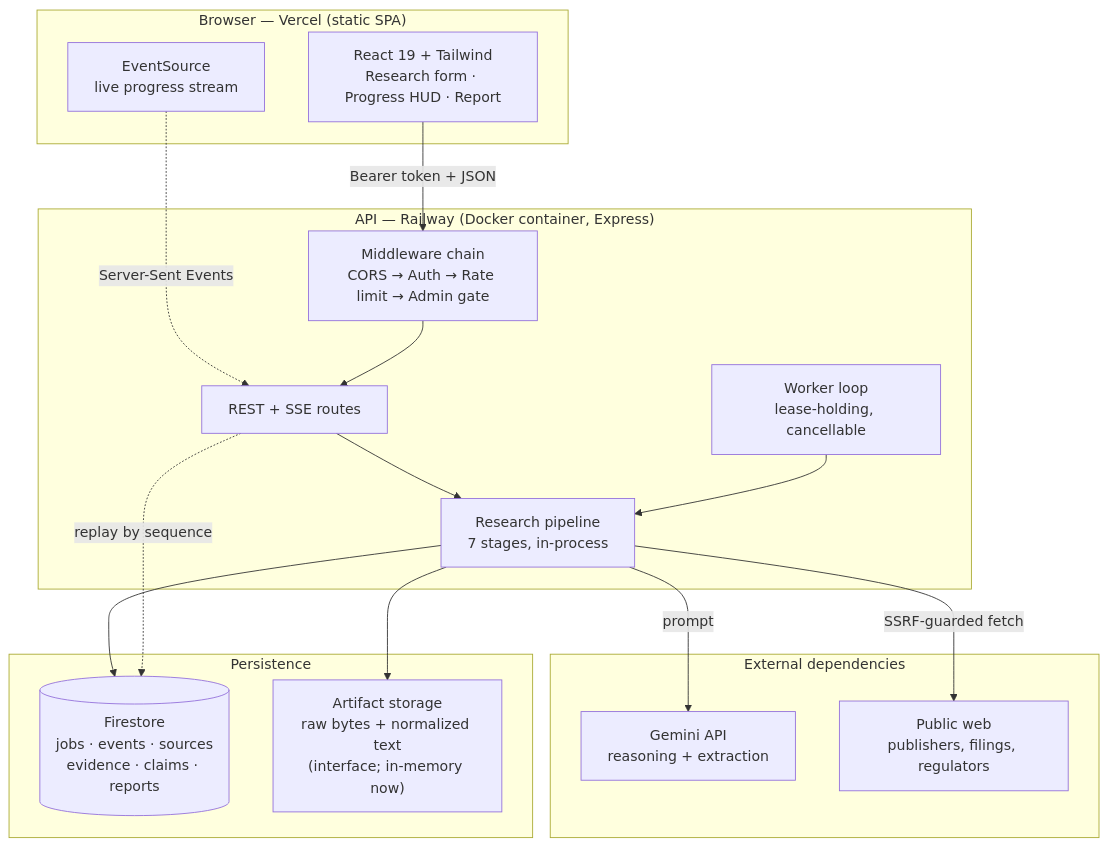
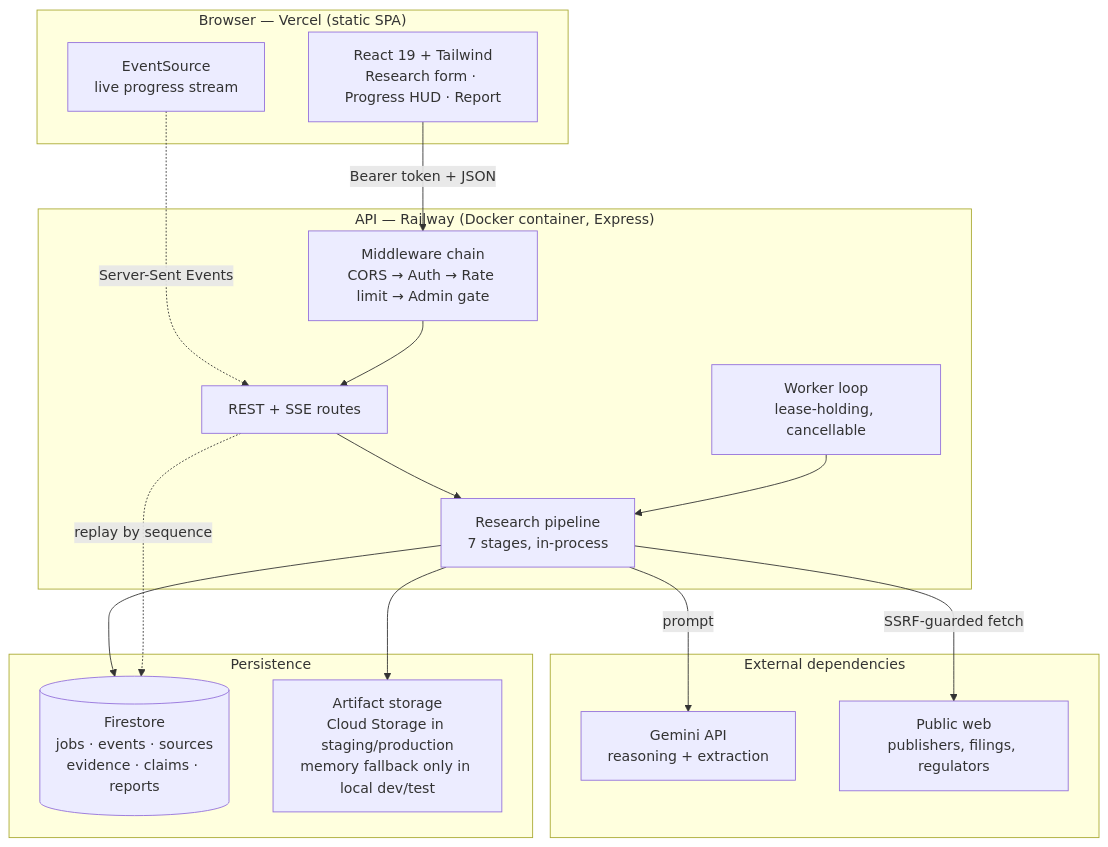
The first of 9 diagrams in README.md (721189/Market-Metrics), drawn with Mermaid before and after one commit. The commit also changed other lines of this file, not shown here.

Commit message:
docs: align production reliability boundaries with implemented stores

````diff
--- a/README.md
+++ b/README.md
@@ -74,34 +74,34 @@
 ```mermaid
 flowchart TB
     subgraph Browser["Browser — Vercel (static SPA)"]
         UI["React 19 + Tailwind<br/>Research form · Progress HUD · Report"]
         SSE["EventSource<br/>live progress stream"]
     end
 
     subgraph API["API — Railway (Docker container, Express)"]
         MW["Middleware chain<br/>CORS → Auth → Rate limit → Admin gate"]
         ROUTES["REST + SSE routes"]
         PIPE["Research pipeline<br/>7 stages, in-process"]
         WORKERS["Worker loop<br/>lease-holding, cancellable"]
     end
 
     subgraph External["External dependencies"]
         GEM["Gemini API<br/>reasoning + extraction"]
         WEB["Public web<br/>publishers, filings, regulators"]
     end
 
     subgraph Persistence["Persistence"]
         FS[("Firestore<br/>jobs · events · sources<br/>evidence · claims · reports")]
-        ART["Artifact storage<br/>raw bytes + normalized text<br/>(interface; in-memory now)"]
+        ART["Artifact storage<br/>Cloud Storage in staging/production<br/>memory fallback only in local dev/test"]
     end
 
     UI -->|Bearer token + JSON| MW
     SSE -.->|Server-Sent Events| ROUTES
     MW --> ROUTES --> PIPE
     WORKERS --> PIPE
     PIPE -->|prompt| GEM
     PIPE -->|SSRF-guarded fetch| WEB
     PIPE --> FS
     PIPE --> ART
     ROUTES -.->|replay by sequence| FS
 ```
````
